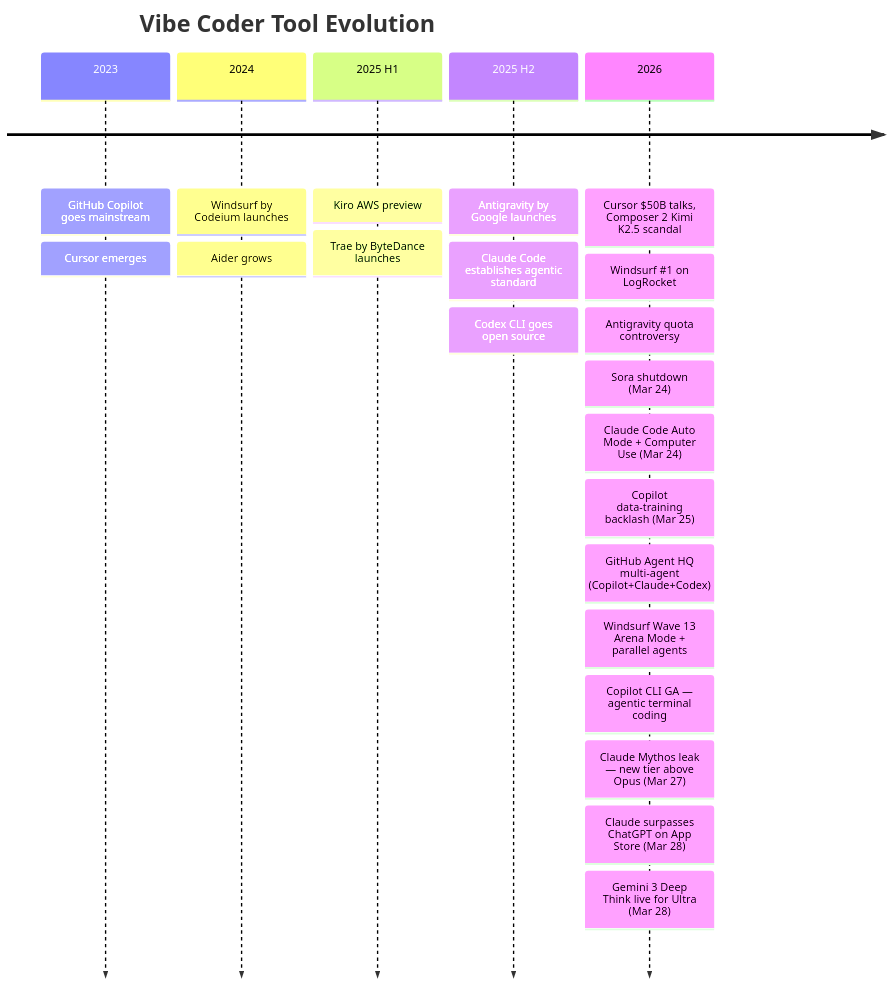
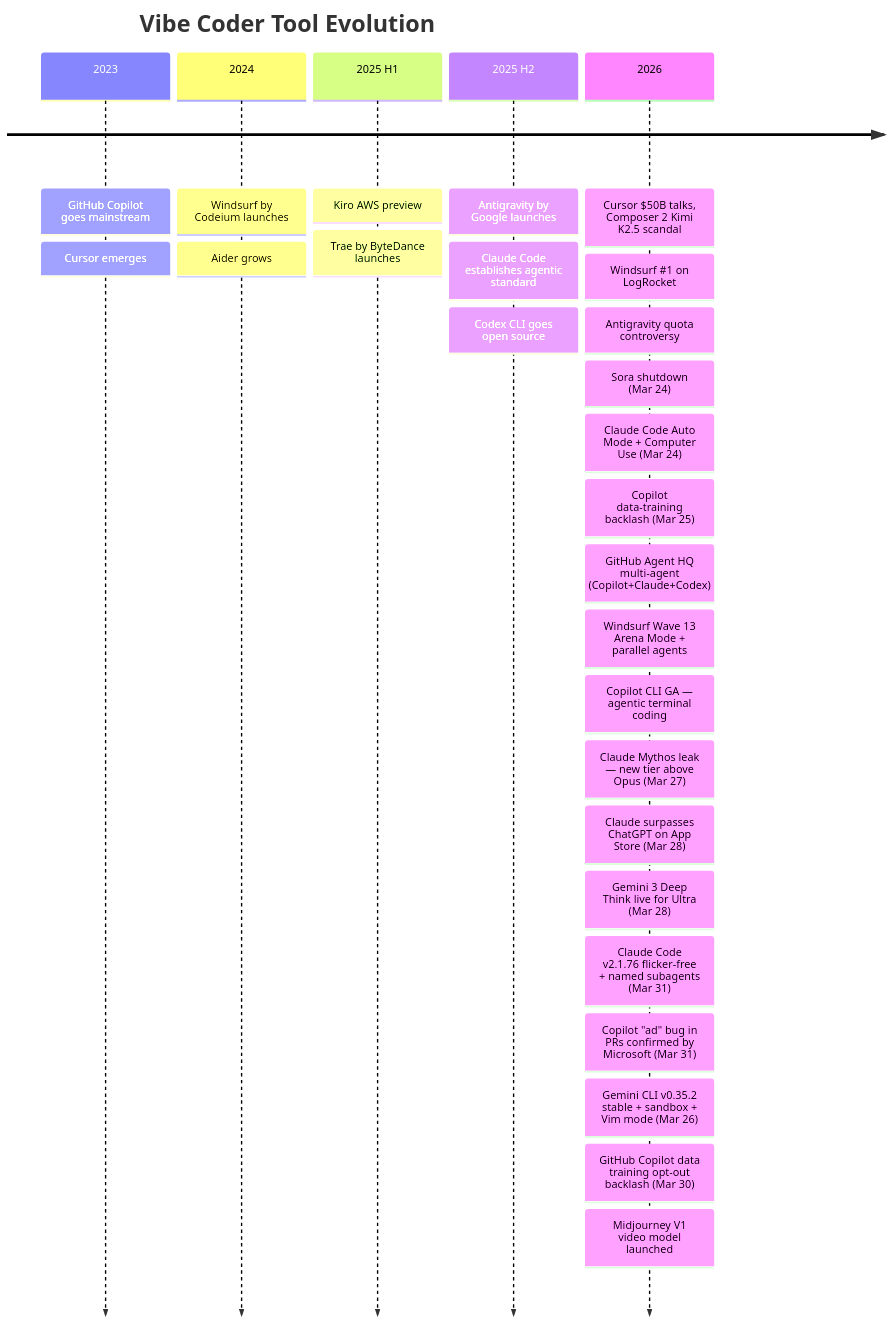
One commit to Lazere4385/ai-whatchelin changed the first of 11 diagrams in README.md. Above: the diagram before and after it, drawn with Mermaid. The commit also changed other lines of this file and 2 other files, not shown here.

````diff
--- a/README.md
+++ b/README.md
@@ -116,25 +116,30 @@
 ```mermaid
 timeline
     title Vibe Coder Tool Evolution
     2023 : GitHub Copilot goes mainstream
          : Cursor emerges
     2024 : Windsurf by Codeium launches
          : Aider grows
     2025 H1 : Kiro AWS preview
             : Trae by ByteDance launches
     2025 H2 : Antigravity by Google launches
             : Claude Code establishes agentic standard
             : Codex CLI goes open source
     2026 : Cursor $50B talks, Composer 2 Kimi K2.5 scandal
          : Windsurf #1 on LogRocket
          : Antigravity quota controversy
          : Sora shutdown (Mar 24)
          : Claude Code Auto Mode + Computer Use (Mar 24)
          : Copilot data-training backlash (Mar 25)
          : GitHub Agent HQ multi-agent (Copilot+Claude+Codex)
          : Windsurf Wave 13 Arena Mode + parallel agents
          : Copilot CLI GA — agentic terminal coding
          : Claude Mythos leak — new tier above Opus (Mar 27)
          : Claude surpasses ChatGPT on App Store (Mar 28)
          : Gemini 3 Deep Think live for Ultra (Mar 28)
+         : Claude Code v2.1.76 flicker-free + named subagents (Mar 31)
+         : Copilot "ad" bug in PRs confirmed by Microsoft (Mar 31)
+         : Gemini CLI v0.35.2 stable + sandbox + Vim mode (Mar 26)
+         : GitHub Copilot data training opt-out backlash (Mar 30)
+         : Midjourney V1 video model launched
 ```
````
